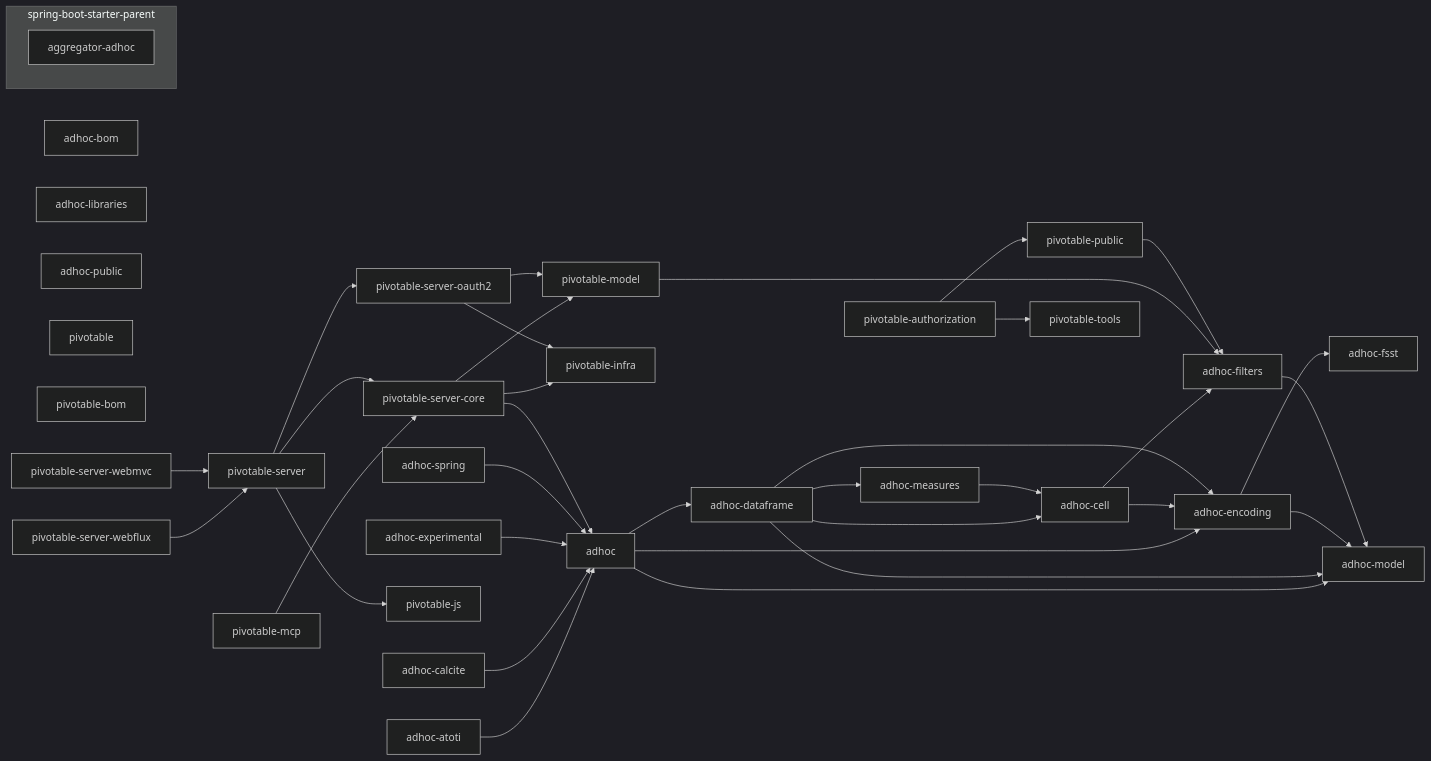
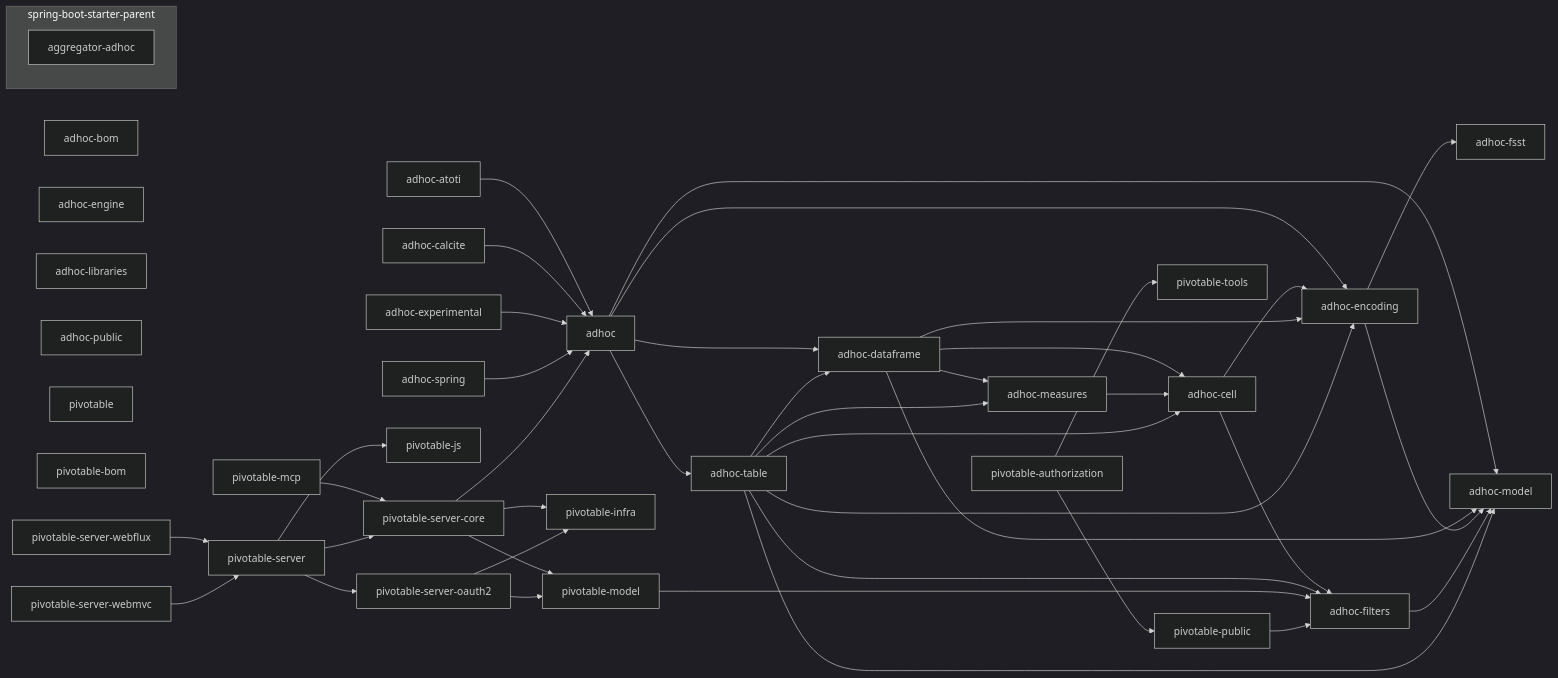
The diagram in docs/DEPENDENCIES.mmd (solven-eu/adhoc), drawn with Mermaid (dark theme) before and after one commit. The commit also changed 1056 other files, not shown here.

```diff
--- a/docs/DEPENDENCIES.mmd
+++ b/docs/DEPENDENCIES.mmd
@@ -1,67 +1,76 @@
 flowchart LR
     adhoc["adhoc"]
     adhoc_atoti["adhoc-atoti"]
     adhoc_bom["adhoc-bom"]
     adhoc_calcite["adhoc-calcite"]
     adhoc_cell["adhoc-cell"]
     adhoc_dataframe["adhoc-dataframe"]
     adhoc_encoding["adhoc-encoding"]
+    adhoc_engine["adhoc-engine"]
     adhoc_experimental["adhoc-experimental"]
     adhoc_filters["adhoc-filters"]
     adhoc_fsst["adhoc-fsst"]
     adhoc_libraries["adhoc-libraries"]
     adhoc_measures["adhoc-measures"]
     adhoc_model["adhoc-model"]
     adhoc_public["adhoc-public"]
     adhoc_spring["adhoc-spring"]
+    adhoc_table["adhoc-table"]
     pivotable["pivotable"]
     pivotable_authorization["pivotable-authorization"]
     pivotable_bom["pivotable-bom"]
     pivotable_infra["pivotable-infra"]
     pivotable_js["pivotable-js"]
     pivotable_mcp["pivotable-mcp"]
     pivotable_model["pivotable-model"]
     pivotable_public["pivotable-public"]
     pivotable_server["pivotable-server"]
     pivotable_server_core["pivotable-server-core"]
     pivotable_server_oauth2["pivotable-server-oauth2"]
     pivotable_server_webflux["pivotable-server-webflux"]
     pivotable_server_webmvc["pivotable-server-webmvc"]
     pivotable_tools["pivotable-tools"]
 
     subgraph spring-boot-starter-parent
         aggregator_adhoc["aggregator-adhoc"]
     end
 
     adhoc --> adhoc_dataframe
     adhoc --> adhoc_encoding
     adhoc --> adhoc_model
+    adhoc --> adhoc_table
     adhoc_atoti --> adhoc
     adhoc_calcite --> adhoc
     adhoc_cell --> adhoc_encoding
     adhoc_cell --> adhoc_filters
     adhoc_dataframe --> adhoc_cell
     adhoc_dataframe --> adhoc_encoding
     adhoc_dataframe --> adhoc_measures
     adhoc_dataframe --> adhoc_model
     adhoc_encoding --> adhoc_fsst
     adhoc_encoding --> adhoc_model
     adhoc_experimental --> adhoc
     adhoc_filters --> adhoc_model
     adhoc_measures --> adhoc_cell
     adhoc_spring --> adhoc
+    adhoc_table --> adhoc_cell
+    adhoc_table --> adhoc_dataframe
+    adhoc_table --> adhoc_encoding
+    adhoc_table --> adhoc_filters
+    adhoc_table --> adhoc_measures
+    adhoc_table --> adhoc_model
     pivotable_authorization --> pivotable_public
     pivotable_authorization --> pivotable_tools
     pivotable_mcp --> pivotable_server_core
     pivotable_model --> adhoc_filters
     pivotable_public --> adhoc_filters
     pivotable_server --> pivotable_js
     pivotable_server --> pivotable_server_core
     pivotable_server --> pivotable_server_oauth2
     pivotable_server_core --> adhoc
     pivotable_server_core --> pivotable_infra
     pivotable_server_core --> pivotable_model
     pivotable_server_oauth2 --> pivotable_infra
     pivotable_server_oauth2 --> pivotable_model
     pivotable_server_webflux --> pivotable_server
     pivotable_server_webmvc --> pivotable_server
```
